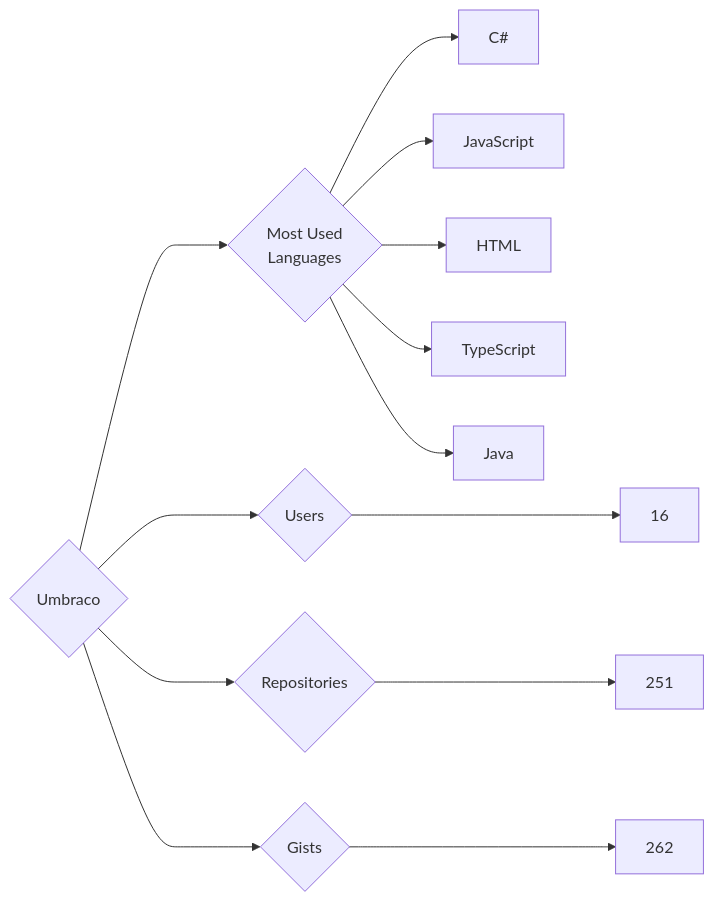
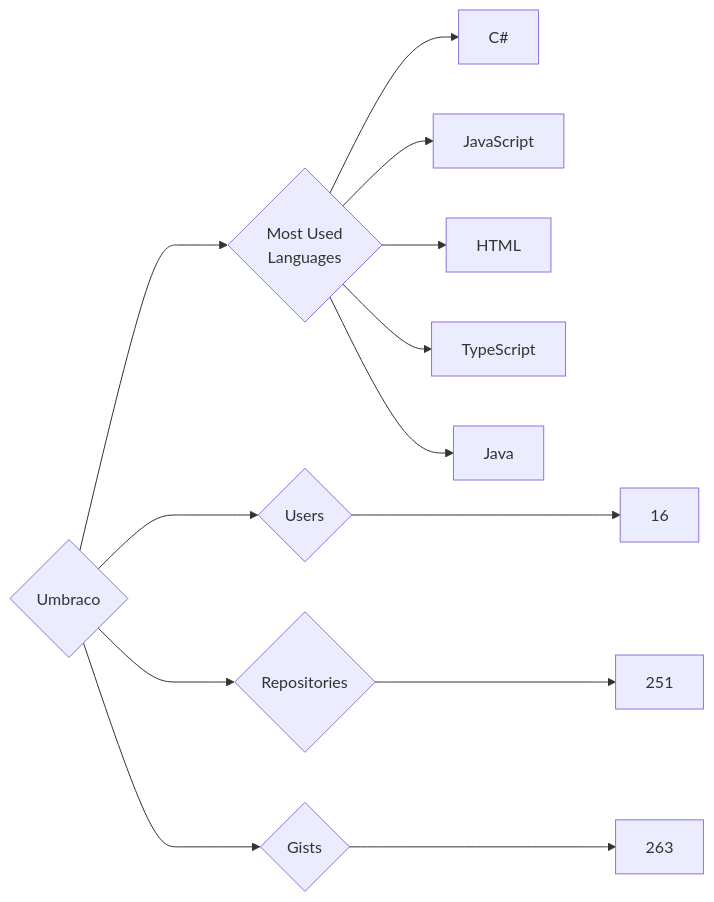
The diagram in targets/Umbraco/README.md (trickest/insiders), drawn with Mermaid before and after one commit. The commit also changed 773 other files, not shown here.

````diff
--- a/targets/Umbraco/README.md
+++ b/targets/Umbraco/README.md
@@ -3,13 +3,13 @@
 ```mermaid
 graph LR
 COMPANY_NAME{Umbraco}
 COMPANY_NAME ---> U{Users} ---> UN[16]
 COMPANY_NAME ---> R{Repositories} ---> RN[251]
-COMPANY_NAME ---> G{Gists} ---> GN[262]
+COMPANY_NAME ---> G{Gists} ---> GN[263]
 COMPANY_NAME ---> ML{Most Used<br>Languages}
 ML --> C#[C#]
 ML --> JavaScript[JavaScript]
 ML --> HTML[HTML]
 ML --> TypeScript[TypeScript]
 ML --> Java[Java]
 ```
````
